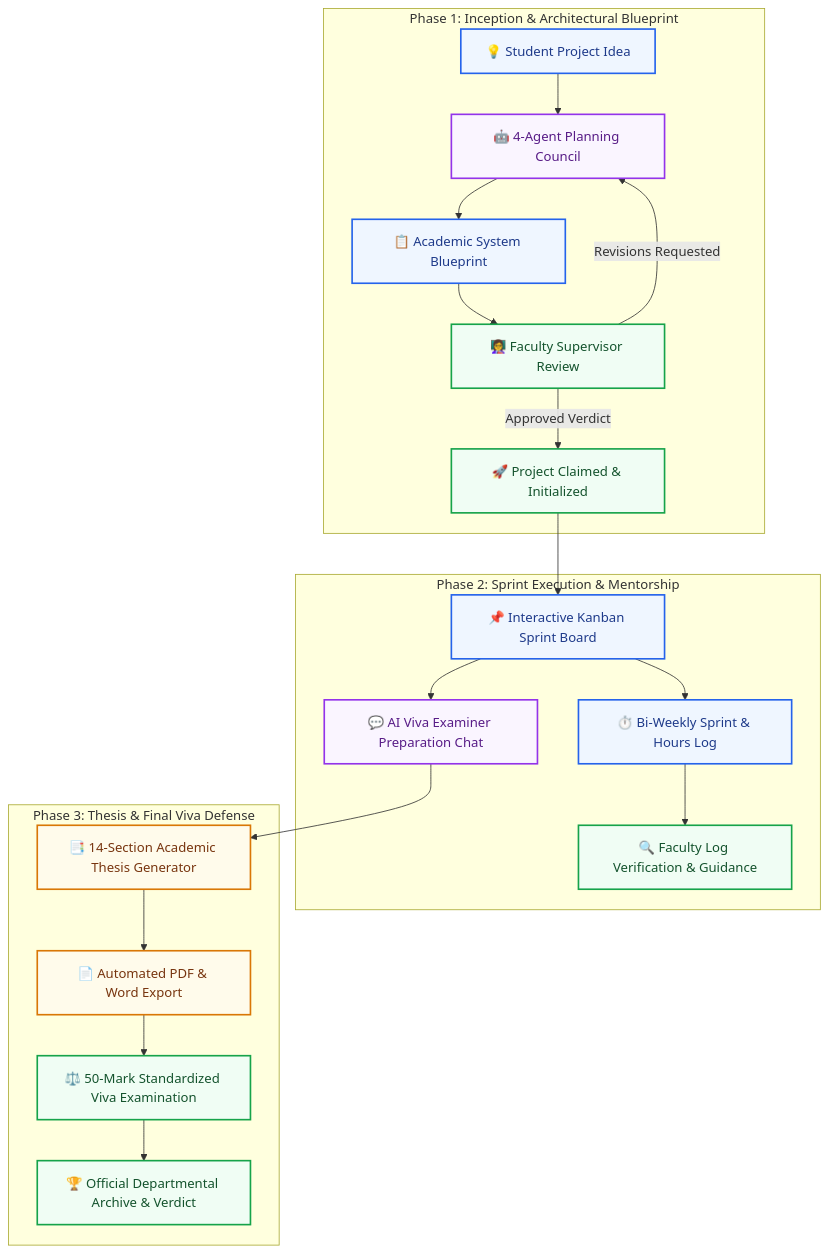
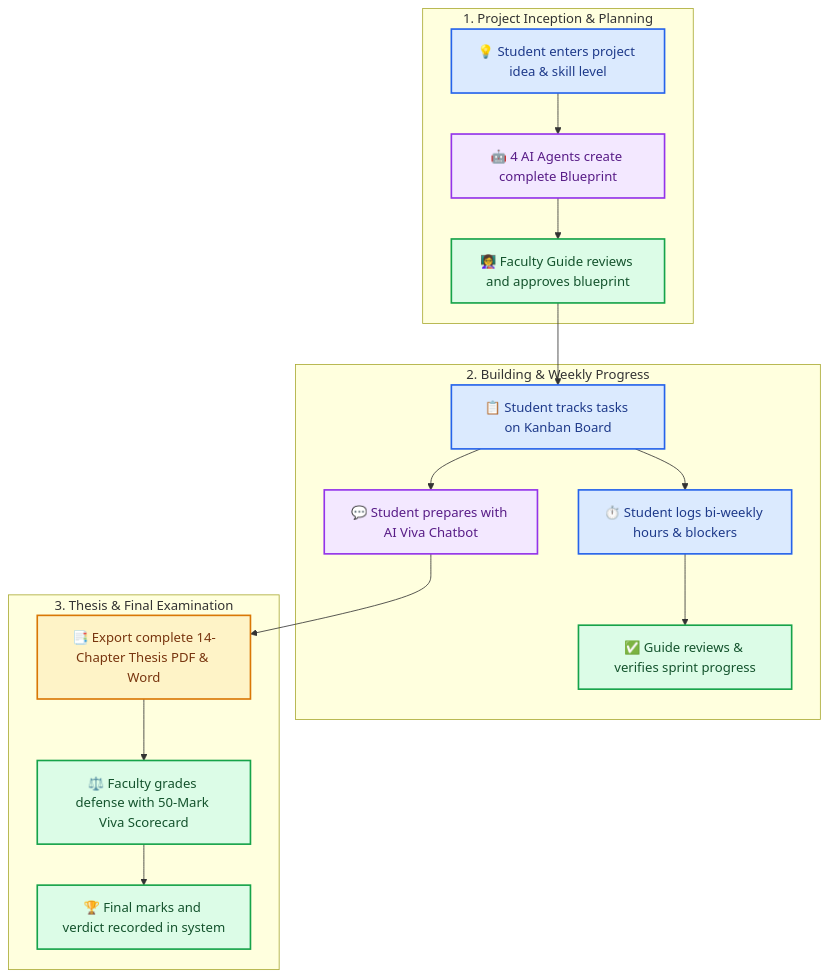
Before and after one commit to marisa-mmm/AI-Project-Mentor: the first of 2 diagrams in README.md, drawn with Mermaid. The commit also changed other lines of this file, not shown here.

Commit message:
Update project functionality

````diff
--- a/README.md
+++ b/README.md
@@ -47,29 +49,25 @@
 ```mermaid
 graph TD
-    classDef student fill:#eff6ff,stroke:#2563eb,stroke-width:2px,color:#1e3a8a;
-    classDef faculty fill:#f0fdf4,stroke:#16a34a,stroke-width:2px,color:#14532d;
-    classDef ai fill:#faf5ff,stroke:#9333ea,stroke-width:2px,color:#581c87;
-    classDef doc fill:#fffbeb,stroke:#d97706,stroke-width:2px,color:#78350f;
+    classDef student fill:#dbeafe,stroke:#2563eb,stroke-width:2px,color:#1e3a8a;
+    classDef faculty fill:#dcfce7,stroke:#16a34a,stroke-width:2px,color:#14532d;
+    classDef ai fill:#f3e8ff,stroke:#9333ea,stroke-width:2px,color:#581c87;
+    classDef doc fill:#fef3c7,stroke:#d97706,stroke-width:2px,color:#78350f;
 
-    subgraph Phase1["Phase 1: Inception & Architectural Blueprint"]
-        A["💡 Student Project Idea"]:::student --> B["🤖 4-Agent Planning Council"]:::ai
-        B --> C["📋 Academic System Blueprint"]:::student
-        C --> D["👩‍🏫 Faculty Supervisor Review"]:::faculty
-        D -->|Revisions Requested| B
-        D -->|Approved Verdict| E["🚀 Project Claimed & Initialized"]:::faculty
+    subgraph Step1["1. Project Inception & Planning"]
+        A["💡 Student enters project idea & skill level"]:::student --> B["🤖 4 AI Agents create complete Blueprint"]:::ai
+        B --> C["👩‍🏫 Faculty Guide reviews and approves blueprint"]:::faculty
     end
 
-    subgraph Phase2["Phase 2: Sprint Execution & Mentorship"]
-        E --> F["📌 Interactive Kanban Sprint Board"]:::student
-        F --> G["⏱️ Bi-Weekly Sprint & Hours Log"]:::student
-        G --> H["🔍 Faculty Log Verification & Guidance"]:::faculty
-        F --> I["💬 AI Viva Examiner Preparation Chat"]:::ai
+    subgraph Step2["2. Building & Weekly Progress"]
+        C --> D["📋 Student tracks tasks on Kanban Board"]:::student
+        D --> E["⏱️ Student logs bi-weekly hours & blockers"]:::student
+        E --> F["✅ Guide reviews & verifies sprint progress"]:::faculty
+        D --> G["💬 Student prepares with AI Viva Chatbot"]:::ai
     end
 
-    subgraph Phase3["Phase 3: Thesis & Final Viva Defense"]
-        I --> J["📑 14-Section Academic Thesis Generator"]:::doc
-        J --> K["📄 Automated PDF & Word Export"]:::doc
-        K --> L["⚖️ 50-Mark Standardized Viva Examination"]:::faculty
-        L --> M["🏆 Official Departmental Archive & Verdict"]:::faculty
+    subgraph Step3["3. Thesis & Final Examination"]
+        G --> H["📑 Export complete 14-Chapter Thesis PDF & Word"]:::doc
+        H --> I["⚖️ Faculty grades defense with 50-Mark Viva Scorecard"]:::faculty
+        I --> J["🏆 Final marks and verdict recorded in system"]:::faculty
     end
 ```
````
